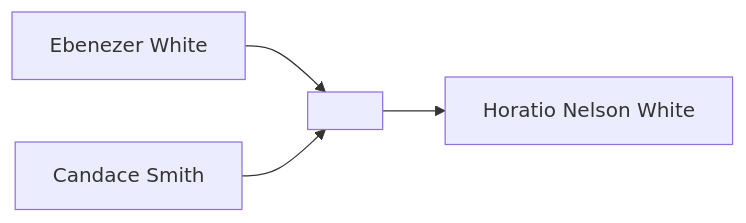
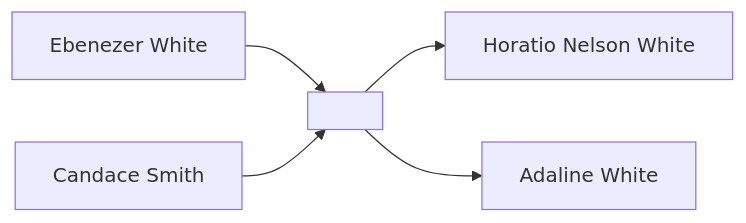
The second of 2 diagrams in familyhistory/sources/people/Merrill-line/White-line/Ebenezer_White.qmd (neelsmith/avocational), drawn with Mermaid before and after one commit. The commit also changed other lines of this file and 21 other files, not shown here.

````diff
--- a/familyhistory/sources/people/Merrill-line/White-line/Ebenezer_White.qmd
+++ b/familyhistory/sources/people/Merrill-line/White-line/Ebenezer_White.qmd
@@ -36,6 +38,7 @@
 ```{mermaid}
 graph LR
 Ebenezer_White[Ebenezer White] --> Ebenezer_White+Candace_Smith[ ]
 Candace_Smith[Candace Smith] --> Ebenezer_White+Candace_Smith[ ]
 Ebenezer_White+Candace_Smith[ ] --> Horatio_Nelson_White[Horatio Nelson White]
+Ebenezer_White+Candace_Smith[ ] --> Adaline_White[Adaline White]
 ```
````
